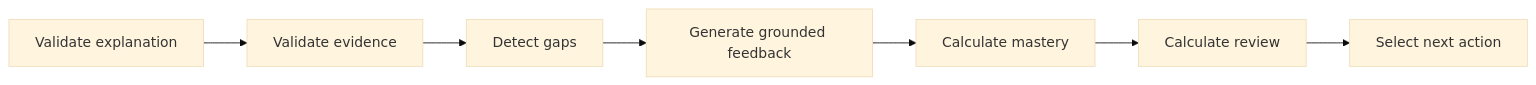
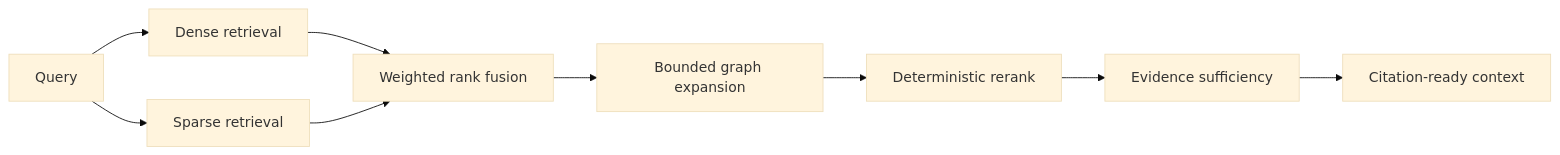
The fourth of 4 diagrams in README.md (Dhruvg334/Tessarion), drawn with Mermaid (base theme) before and after one commit. The commit also changed other lines of this file and 21 other files, not shown here.

````diff
--- a/README.md
+++ b/README.md
@@ -202,9 +197,11 @@
 ```mermaid
 flowchart LR
-    A[Validate explanation] --> B[Validate evidence]
-    B --> C[Detect gaps]
-    C --> D[Generate grounded feedback]
-    D --> E[Calculate mastery]
-    E --> F[Calculate review]
-    F --> G[Select next action]
+    Q[Query] --> D[Dense retrieval]
+    Q --> S[Sparse retrieval]
+    D --> F[Weighted rank fusion]
+    S --> F
+    F --> G[Bounded graph expansion]
+    G --> R[Deterministic rerank]
+    R --> E[Evidence sufficiency]
+    E --> C[Citation-ready context]
 ```
````
